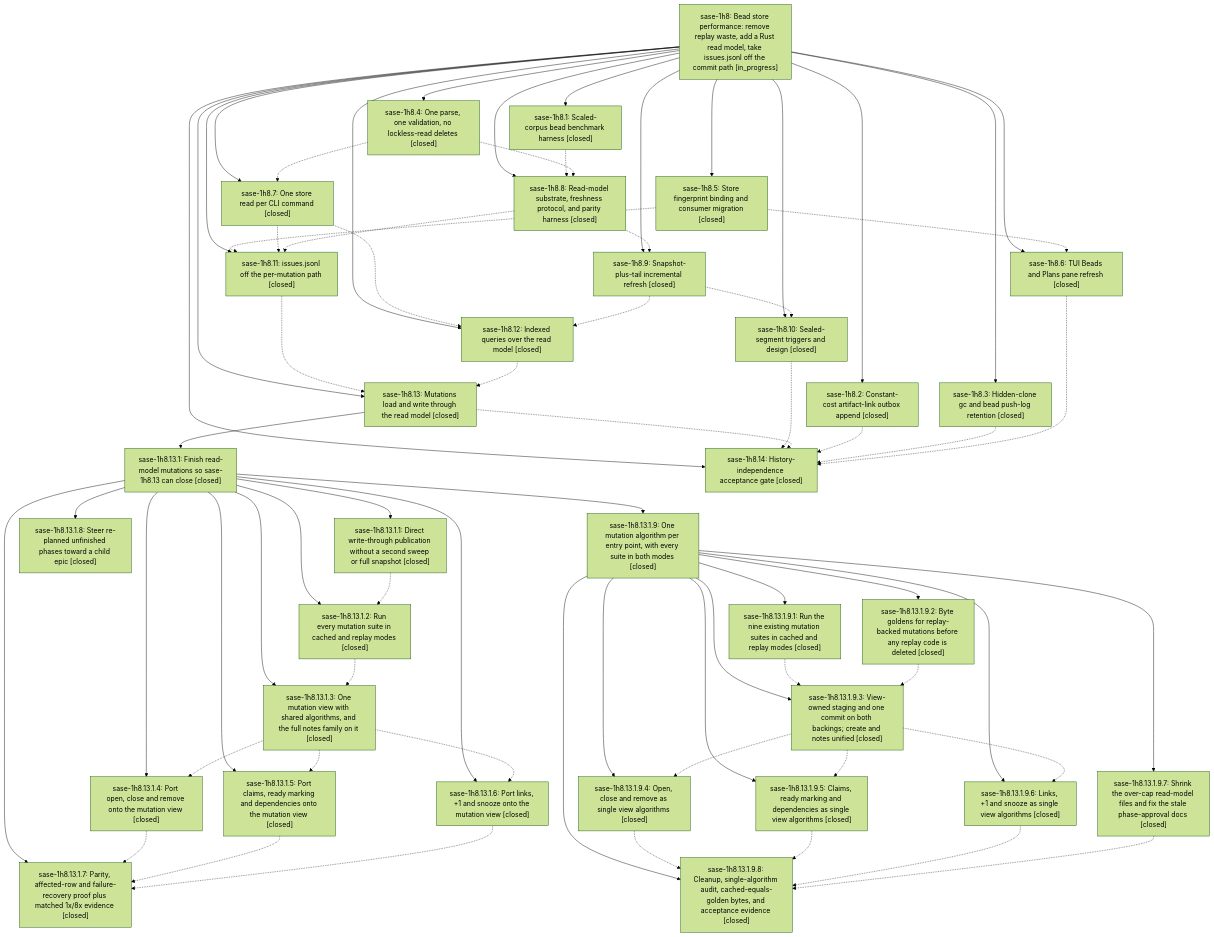
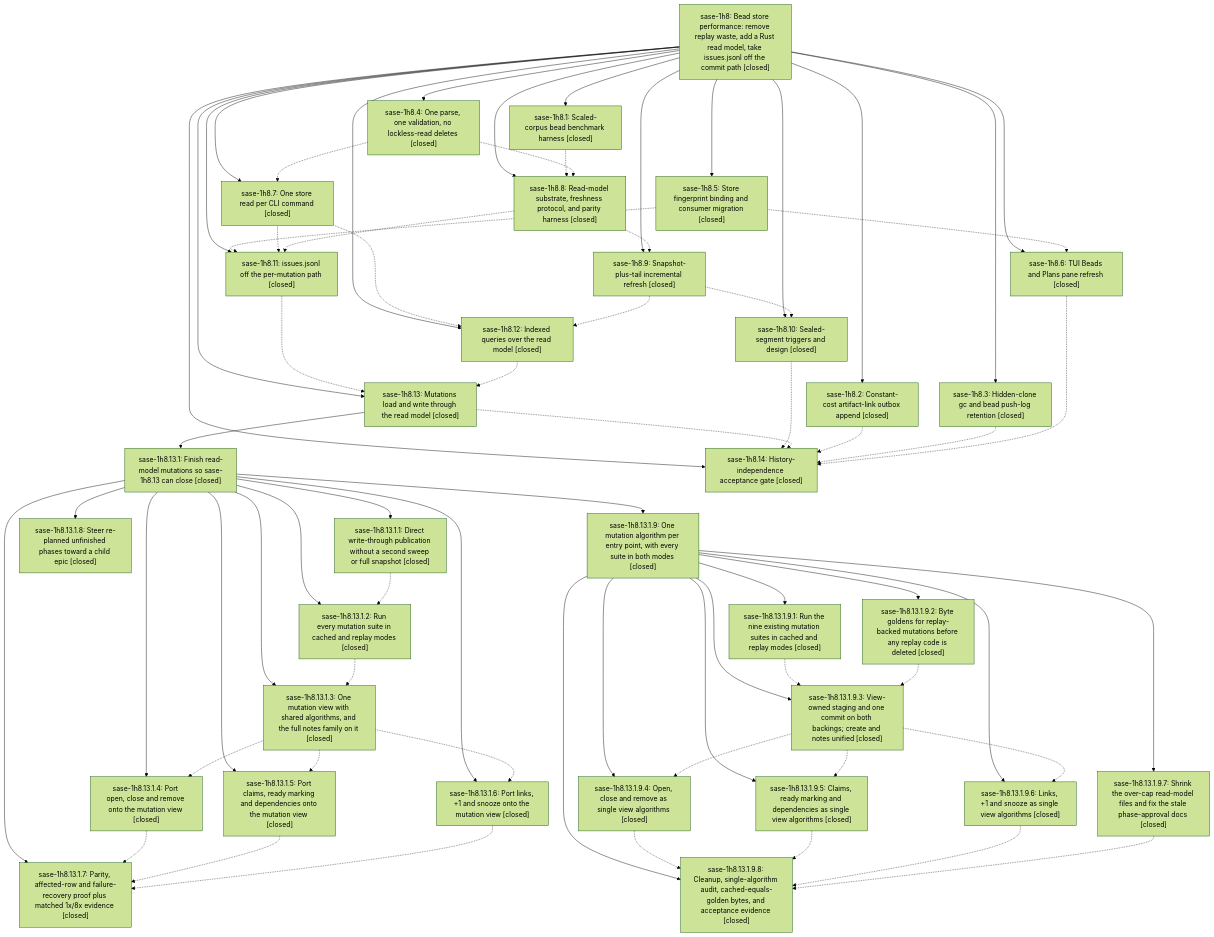
One commit to sase-org/sase--beads changed the diagram in pages/sase-1h8/README.md. Above: the diagram before and after it, drawn with Mermaid (forest theme). The commit also changed other lines of this file and 3 other files, not shown here.

First line of the commit message:
chore(beads): sync bead state and pages for sase-1h8

````diff
--- a/pages/sase-1h8/README.md
+++ b/pages/sase-1h8/README.md
@@ -67,6 +129,6 @@
 ```mermaid
 flowchart TD
-    n0["sase-1h8: Bead store performance: remove replay waste, add a Rust read model, take issues.jsonl off the commit path [in_progress]"]
+    n0["sase-1h8: Bead store performance: remove replay waste, add a Rust read model, take issues.jsonl off the commit path [closed]"]
     n1["sase-1h8.1: Scaled-corpus bead benchmark harness [closed]"]
     n2["sase-1h8.10: Sealed-segment triggers and design [closed]"]
     n3["sase-1h8.11: issues.jsonl off the per-mutation path [closed]"]
````
